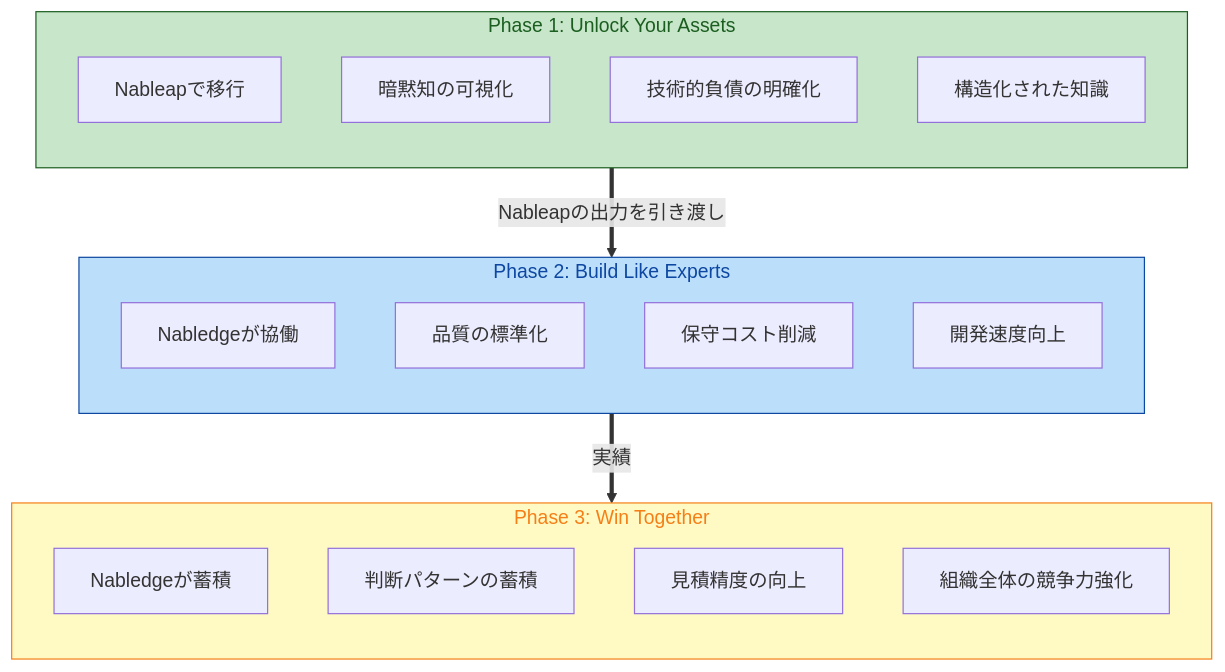
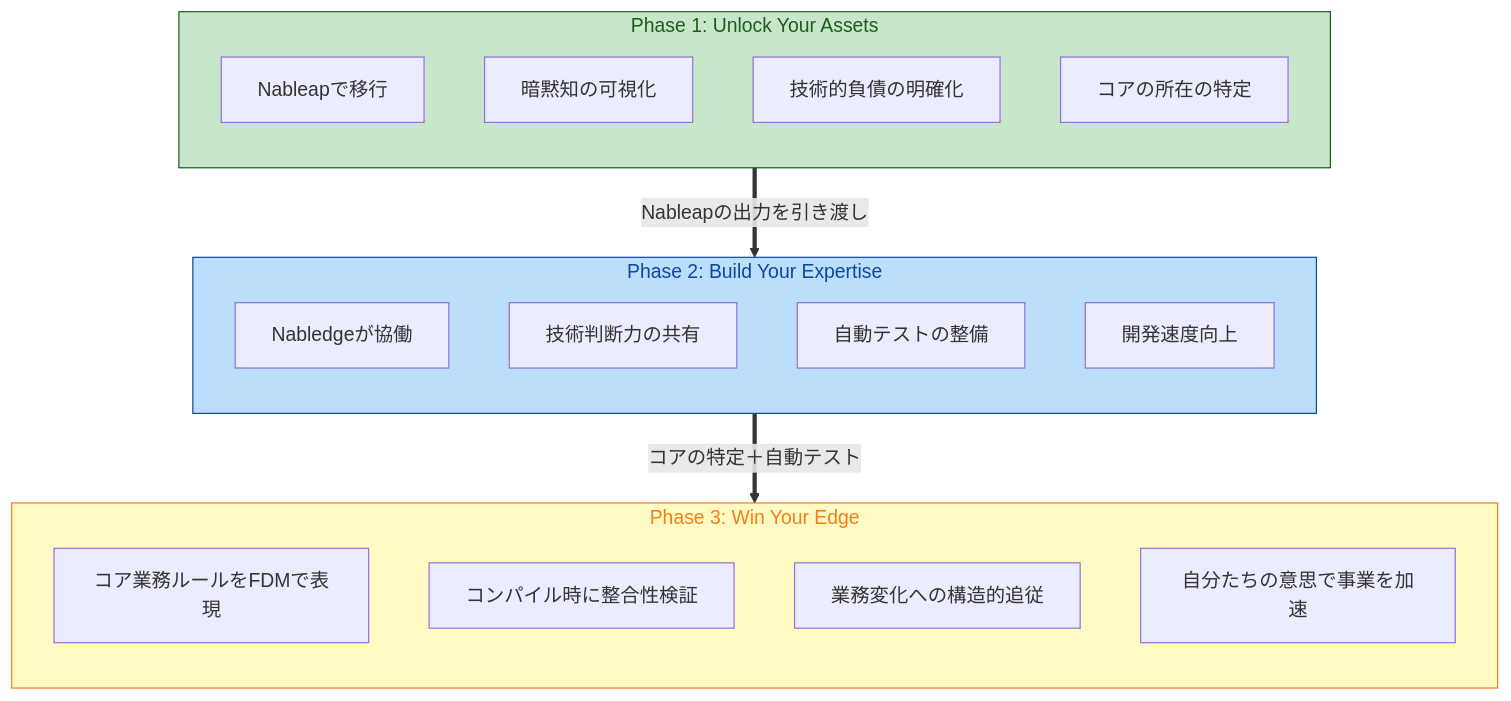
Before and after one commit to nablarch/nabledge-dev: the first of 2 diagrams in docs/grand-design/grand-design.md, drawn with Mermaid. The commit also changed other lines of this file and 1 other file, not shown here.

````diff
--- a/docs/grand-design/grand-design.md
+++ b/docs/grand-design/grand-design.md
@@ -58,42 +60,37 @@
 ```mermaid
 graph TD
-  %% ===== Phase 1: Unlock =====
   subgraph P1["Phase 1: Unlock Your Assets"]
     direction TB
     U0["Nableapで移行"]
     U1["暗黙知の可視化"]
     U2["技術的負債の明確化"]
-    U3["構造化された知識"]
+    U3["コアの所在の特定"]
   end
 
-  %% ===== Phase 2: Build =====
-  subgraph P2["Phase 2: Build Like Experts"]
+  subgraph P2["Phase 2: Build Your Expertise"]
     direction TB
     B0["Nabledgeが協働"]
-    B1["品質の標準化"]
-    B2["保守コスト削減"]
+    B1["技術判断力の共有"]
+    B2["自動テストの整備"]
     B3["開発速度向上"]
   end
 
-  %% ===== Phase 3: Win =====
-  subgraph P3["Phase 3: Win Together"]
+  subgraph P3["Phase 3: Win Your Edge"]
     direction TB
-    W0["Nabledgeが蓄積"]
-    W1["判断パターンの蓄積"]
-    W2["見積精度の向上"]
-    W3["組織全体の競争力強化"]
+    W0["コア業務ルールをFDMで表現"]
+    W1["コンパイル時に整合性検証"]
+    W2["業務変化への構造的追従"]
+    W3["自分たちの意思で事業を加速"]
   end
 
-  %% ===== フェーズ間の関係 =====
   P1 ==>|"Nableapの出力を引き渡し"| P2
-  P2 ==>|"実績"| P3
+  P2 ==>|"コアの特定＋自動テスト"| P3
 
-  %% ===== スタイル =====
   classDef phase1 fill:#c8e6c9,stroke:#1b5e20,color:#1b5e20
   classDef phase2 fill:#bbdefb,stroke:#0d47a1,color:#0d47a1
   classDef phase3 fill:#fff9c4,stroke:#f57f17,color:#f57f17
 
   class P1 phase1
   class P2 phase2
   class P3 phase3
 ```
````
